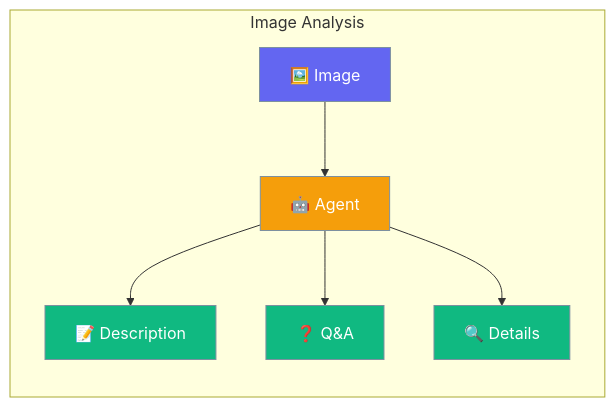
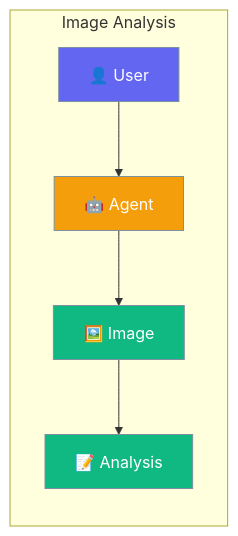
Before and after one commit to MervinPraison/PraisonAIDocs: the first of 2 diagrams in docs/js/vision.mdx, drawn with Mermaid. The commit also changed other lines of this file and 30 other files, not shown here.

````diff
--- a/docs/js/vision.mdx
+++ b/docs/js/vision.mdx
@@ -10,17 +10,16 @@
 ```mermaid
 graph LR
     subgraph "Image Analysis"
-        A[🖼️ Image] --> B[🤖 Agent]
-        B --> C[📝 Description]
-        B --> D[❓ Q&A]
-        B --> E[🔍 Details]
+        A[👤 User] --> B[🤖 Agent]
+        B --> C[🖼️ Image]
+        C --> D[📝 Analysis]
     end
     
-    classDef image fill:#6366F1,stroke:#7C90A0,color:#fff
+    classDef user fill:#6366F1,stroke:#7C90A0,color:#fff
     classDef agent fill:#F59E0B,stroke:#7C90A0,color:#fff
     classDef output fill:#10B981,stroke:#7C90A0,color:#fff
     
-    class A image
+    class A user
     class B agent
-    class C,D,E output
+    class C,D output
 ```
````
